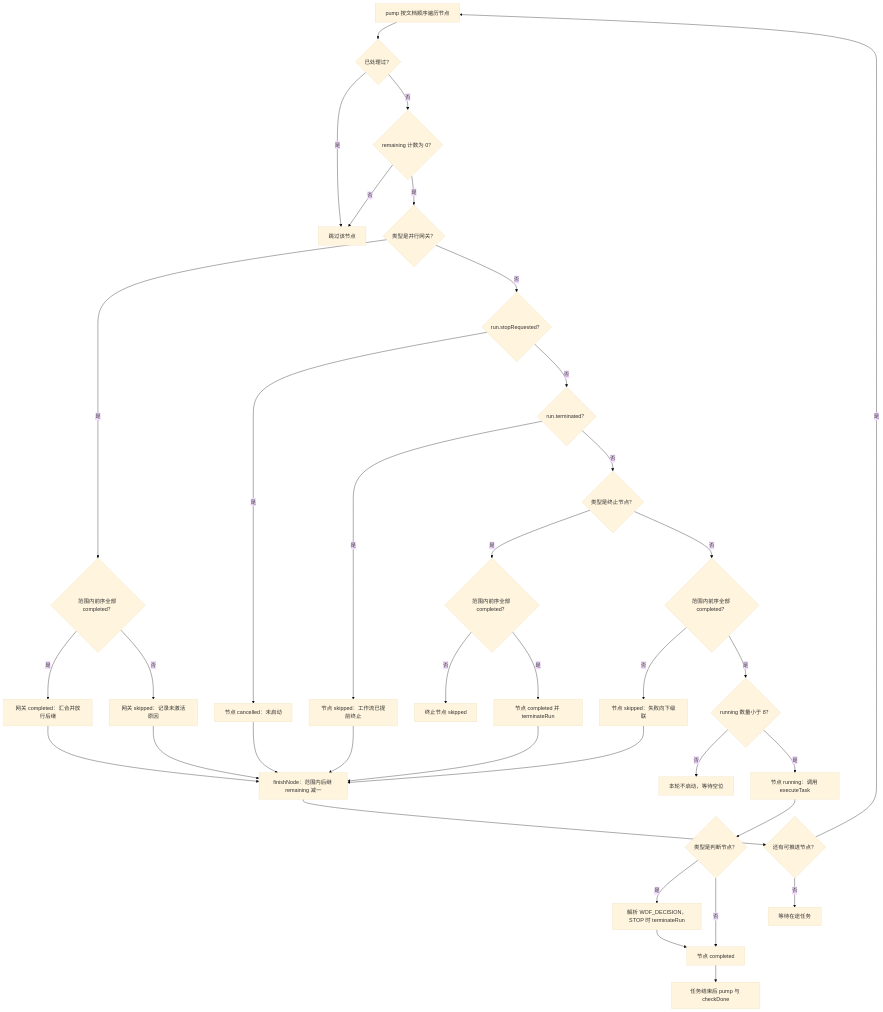
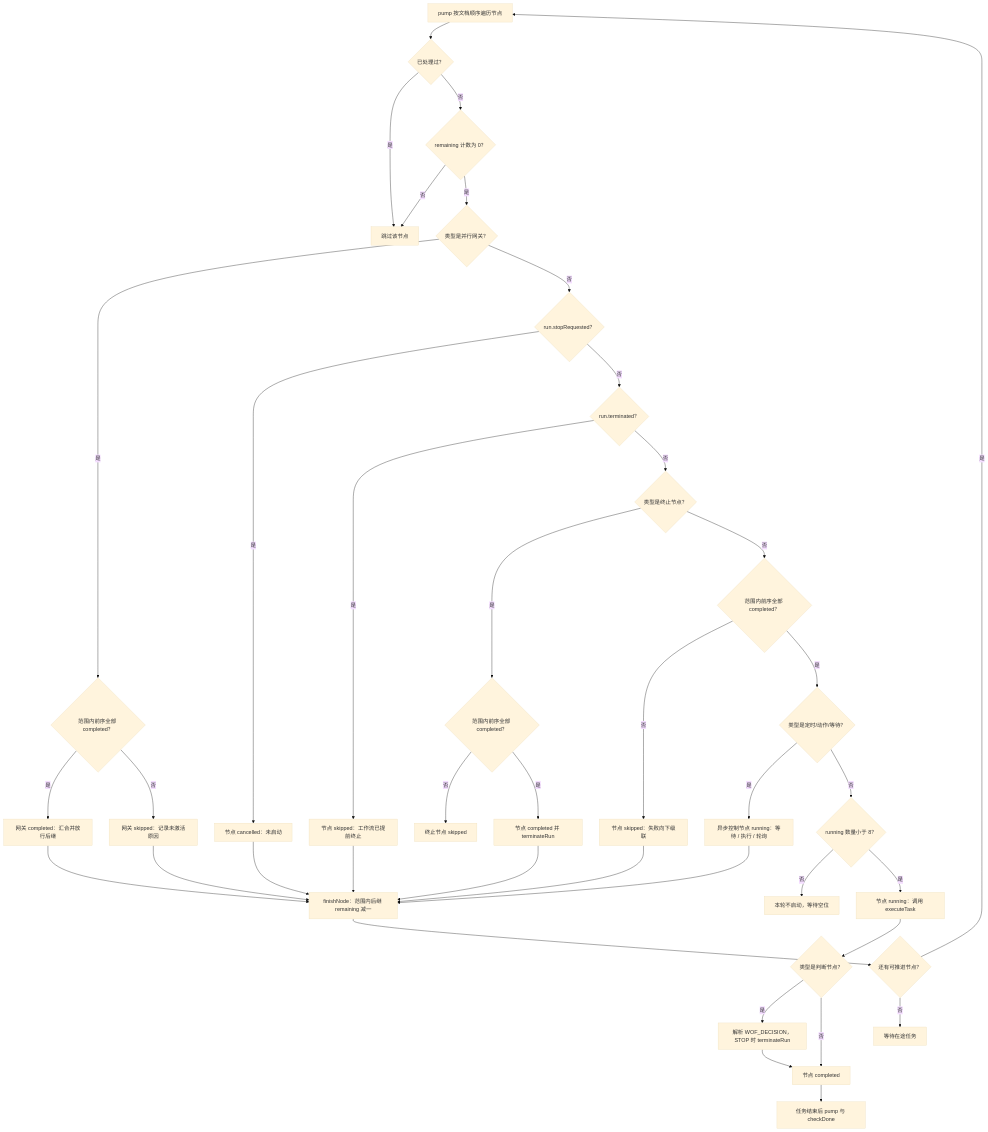
One commit to czyt1988/dsh-workflow-orchestrator changed the first of 3 diagrams in docs/dev/execution-engine.md. Above: the diagram before and after it, drawn with Mermaid (base theme). The commit also changed other lines of this file and 28 other files, not shown here.

````diff
--- a/docs/dev/execution-engine.md
+++ b/docs/dev/execution-engine.md
@@ -62,38 +68,41 @@
 ```mermaid
 flowchart TD
   A["pump 按文档顺序遍历节点"] --> B{"已处理过？"}
   B -->|是| Z["跳过该节点"]
   B -->|否| C{"remaining 计数为 0？"}
   C -->|否| Z
   C -->|是| D{"类型是并行网关？"}
   D -->|是| E{"范围内前序全部 completed？"}
   E -->|是| F["网关 completed：汇合并放行后继"]
   E -->|否| G["网关 skipped：记录未激活原因"]
   D -->|否| H{"run.stopRequested？"}
   H -->|是| I["节点 cancelled：未启动"]
   H -->|否| H2{"run.terminated？"}
   H2 -->|是| I2["节点 skipped：工作流已提前终止"]
   H2 -->|否| T{"类型是终止节点？"}
   T -->|是| T2{"范围内前序全部 completed？"}
   T2 -->|否| T3["终止节点 skipped"]
   T2 -->|是| T4["节点 completed 并 terminateRun"]
   T -->|否| J{"范围内前序全部 completed？"}
   J -->|否| K["节点 skipped：失败向下级联"]
-  J -->|是| L{"running 数量小于 8？"}
+  J -->|是| CA{"类型是定时/动作/等待？"}
+  CA -->|是| CB["异步控制节点 running：等待 / 执行 / 轮询"]
+  CA -->|否| L{"running 数量小于 8？"}
   L -->|否| M["本轮不启动，等待空位"]
   L -->|是| N["节点 running：调用 executeTask"]
   N --> N2{"类型是判断节点？"}
   N2 -->|是| N3["解析 WOF_DECISION，STOP 时 terminateRun"]
   N2 -->|否| O["节点 completed"]
   N3 --> O
   F --> O2["finishNode：范围内后继 remaining 减一"]
   G --> O2
   I --> O2
   I2 --> O2
   T4 --> O2
   K --> O2
+  CB --> O2
   O --> P["任务结束后 pump 与 checkDone"]
   O2 --> Q{"还有可推进节点？"}
   Q -->|是| A
   Q -->|否| R["等待在途任务"]
 ```
````
